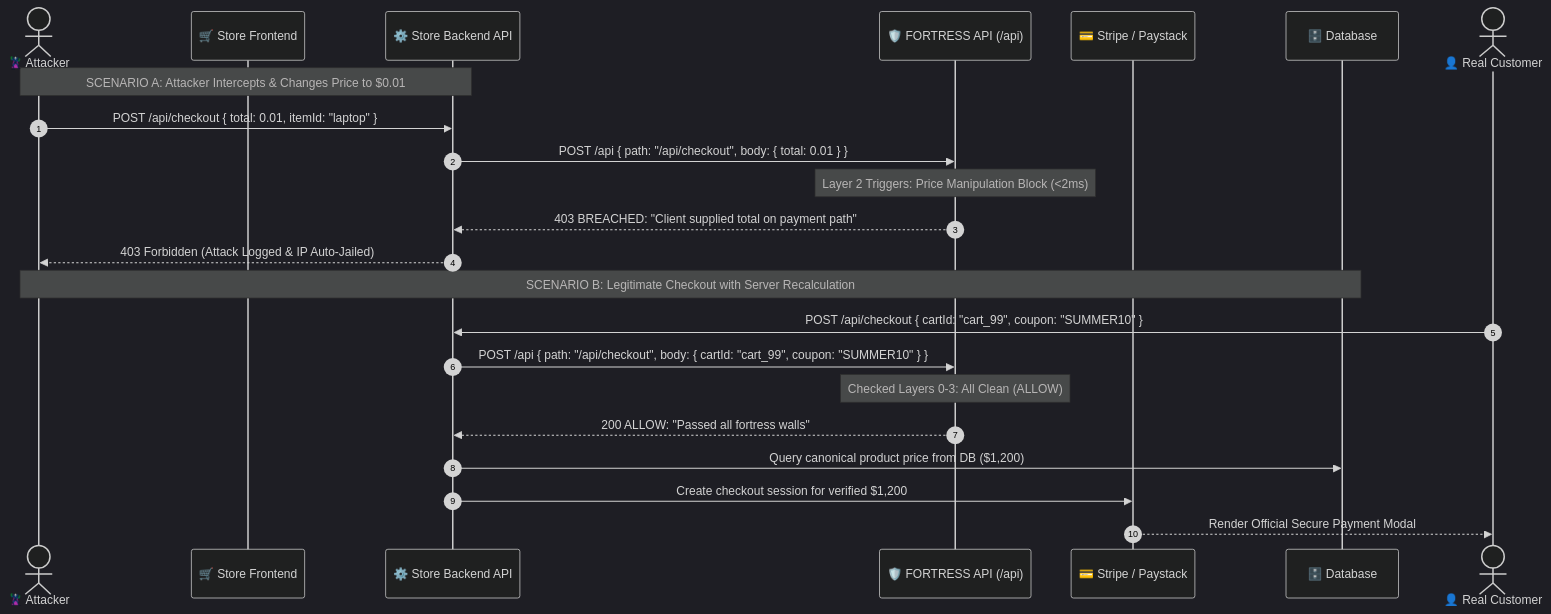
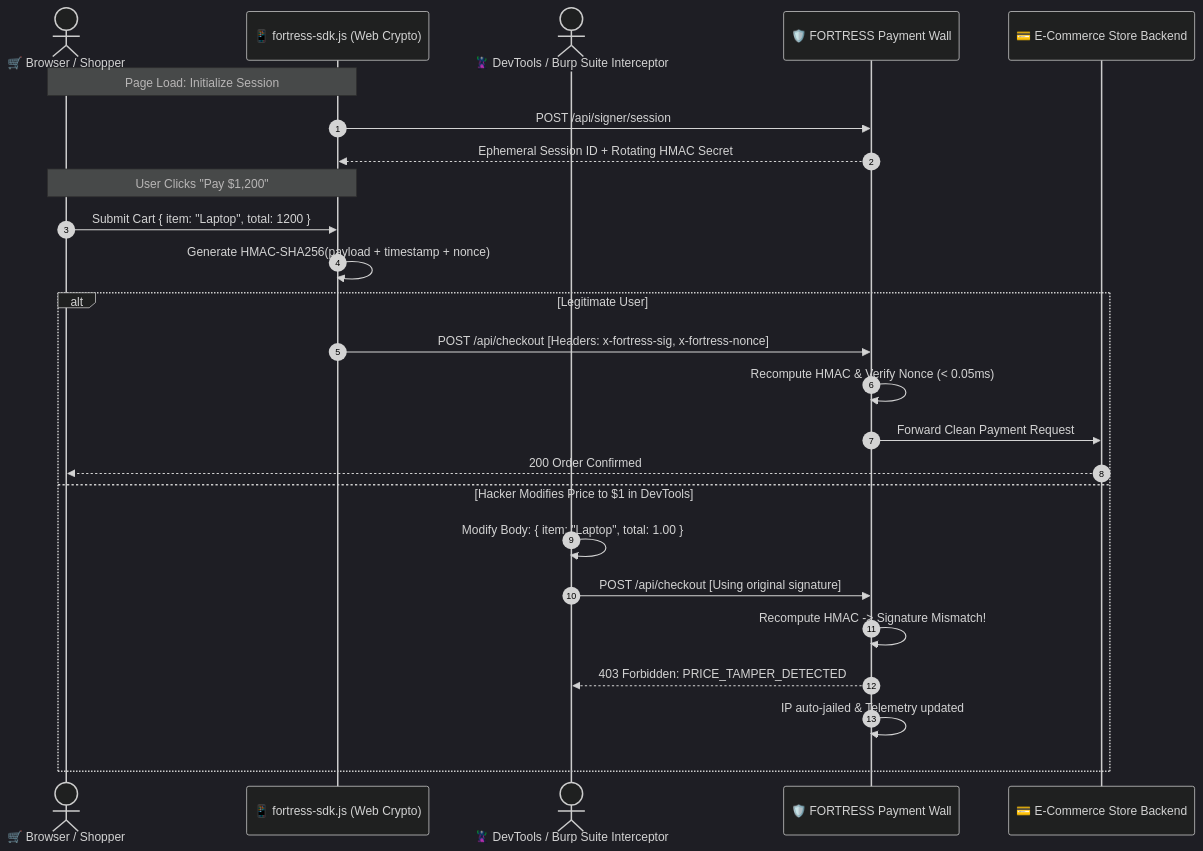
The fifth of 7 diagrams in README.md (alexhack235-code/AI-Security-Scanner-API), drawn with Mermaid (dark theme) before and after one commit. The commit also changed other lines of this file and 26 other files, not shown here.

````diff
--- a/README.md
+++ b/README.md
@@ -38,27 +294,30 @@
 ```mermaid
 sequenceDiagram
     autonumber
-    actor Attacker as 🦹 Attacker
-    participant StoreUI as 🛒 Store Frontend
-    participant StoreAPI as ⚙️ Store Backend API
-    participant Fortress as 🛡️ FORTRESS API (/api)
-    participant Gateway as 💳 Stripe / Paystack
-    participant DB as 🗄️ Database
+    actor Customer as 🛒 Browser / Shopper
+    participant SDK as 📱 fortress-sdk.js (Web Crypto)
+    actor Hacker as 🦹 DevTools / Burp Suite Interceptor
+    participant Gate as 🛡️ FORTRESS Payment Wall
+    participant Merchant as 💳 E-Commerce Store Backend
 
-    Note over Attacker,StoreAPI: SCENARIO A: Attacker Intercepts & Changes Price to $0.01
-    Attacker->>StoreAPI: POST /api/checkout { total: 0.01, itemId: "laptop" }
-    StoreAPI->>Fortress: POST /api { path: "/api/checkout", body: { total: 0.01 } }
-    Note over Fortress: Layer 2 Triggers: Price Manipulation Block (<2ms)
-    Fortress-->>StoreAPI: 403 BREACHED: "Client supplied total on payment path"
-    StoreAPI-->>Attacker: 403 Forbidden (Attack Logged & IP Auto-Jailed)
+    Note over Customer,SDK: Page Load: Initialize Session
+    SDK->>Gate: POST /api/signer/session
+    Gate-->>SDK: Ephemeral Session ID + Rotating HMAC Secret
 
-    Note over Attacker,DB: SCENARIO B: Legitimate Checkout with Server Recalculation
-    actor Customer as 👤 Real Customer
-    Customer->>StoreAPI: POST /api/checkout { cartId: "cart_99", coupon: "SUMMER10" }
-    StoreAPI->>Fortress: POST /api { path: "/api/checkout", body: { cartId: "cart_99", coupon: "SUMMER10" } }
-    Note over Fortress: Checked Layers 0-3: All Clean (ALLOW)
-    Fortress-->>StoreAPI: 200 ALLOW: "Passed all fortress walls"
-    StoreAPI->>DB: Query canonical product price from DB ($1,200)
-    StoreAPI->>Gateway: Create checkout session for verified $1,200
-    Gateway-->>Customer: Render Official Secure Payment Modal
+    Note over Customer,SDK: User Clicks "Pay $1,200"
+    Customer->>SDK: Submit Cart { item: "Laptop", total: 1200 }
+    SDK->>SDK: Generate HMAC-SHA256(payload + timestamp + nonce)
+    
+    alt Legitimate User
+        SDK->>Gate: POST /api/checkout [Headers: x-fortress-sig, x-fortress-nonce]
+        Gate->>Gate: Recompute HMAC & Verify Nonce (< 0.05ms)
+        Gate->>Merchant: Forward Clean Payment Request
+        Merchant-->>Customer: 200 Order Confirmed
+    else Hacker Modifies Price to $1 in DevTools
+        Hacker->>Hacker: Modify Body: { item: "Laptop", total: 1.00 }
+        Hacker->>Gate: POST /api/checkout [Using original signature]
+        Gate->>Gate: Recompute HMAC -> Signature Mismatch!
+        Gate-->>Hacker: 403 Forbidden: PRICE_TAMPER_DETECTED
+        Gate->>Gate: IP auto-jailed & Telemetry updated
+    end
 ```
````
